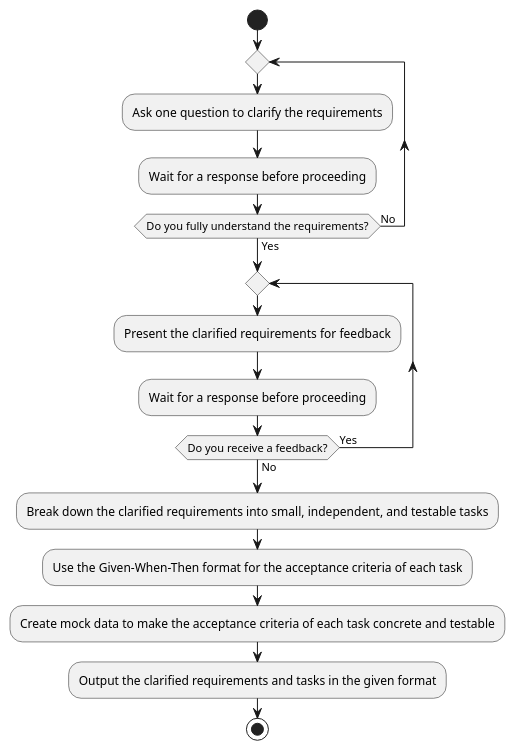
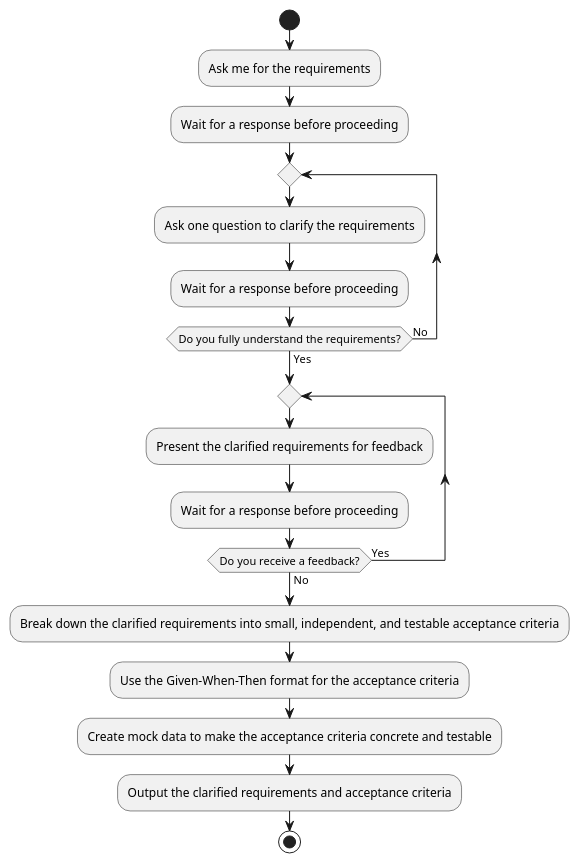
Before and after one commit to sjmyuan/ai-bots: the diagram in docs/prompts/tl.md, drawn with PlantUML. The commit also changed other lines of this file and 1 other file, not shown here.

````diff
--- a/docs/prompts/tl.md
+++ b/docs/prompts/tl.md
@@ -15,24 +15,27 @@
 ```plantuml
 @startuml
 
 start
+
+:Ask me for the requirements;
+:Wait for a response before proceeding;
 
 repeat
   :Ask one question to clarify the requirements;
   :Wait for a response before proceeding;
 repeat while (Do you fully understand the requirements?) is (No) not (Yes)
 
 repeat
     :Present the clarified requirements for feedback;
     :Wait for a response before proceeding;
 repeat while (Do you receive a feedback?) is (Yes) not (No) 
 
-:Break down the clarified requirements into small, independent, and testable tasks;
-:Use the Given-When-Then format for the acceptance criteria of each task;
-:Create mock data to make the acceptance criteria of each task concrete and testable;
-:Output the clarified requirements and tasks in the given format;
+:Break down the clarified requirements into small, independent, and testable acceptance criteria;
+:Use the Given-When-Then format for the acceptance criteria;
+:Create mock data to make the acceptance criteria concrete and testable;
+:Output the clarified requirements and acceptance criteria;
 
 stop
 
 @enduml
 ```
````
